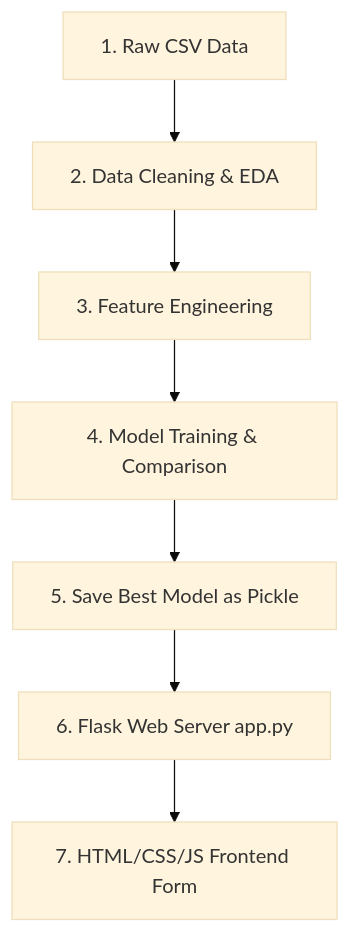
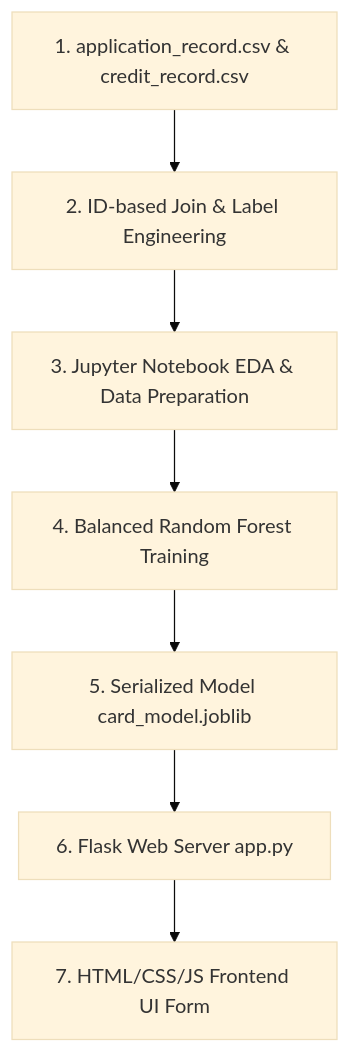
Before and after one commit to isyedrayan1/foliogalat: the diagram in docs/credit-card-approval-prediction.md, drawn with Mermaid (base theme). The commit also changed other lines of this file and 15 other files, not shown here.

````diff
--- a/docs/credit-card-approval-prediction.md
+++ b/docs/credit-card-approval-prediction.md
@@ -20,9 +26,9 @@
 ```mermaid
 graph TD
-    A[1. Raw CSV Data] --> B[2. Data Cleaning & EDA]
-    B --> C[3. Feature Engineering]
-    C --> D[4. Model Training & Comparison]
-    D --> E[5. Save Best Model as Pickle]
+    A[1. application_record.csv & credit_record.csv] --> B[2. ID-based Join & Label Engineering]
+    B --> C[3. Jupyter Notebook EDA & Data Preparation]
+    C --> D[4. Balanced Random Forest Training]
+    D --> E[5. Serialized Model card_model.joblib]
     E --> F[6. Flask Web Server app.py]
-    F --> G[7. HTML/CSS/JS Frontend Form]
+    F --> G[7. HTML/CSS/JS Frontend UI Form]
 ```
````
